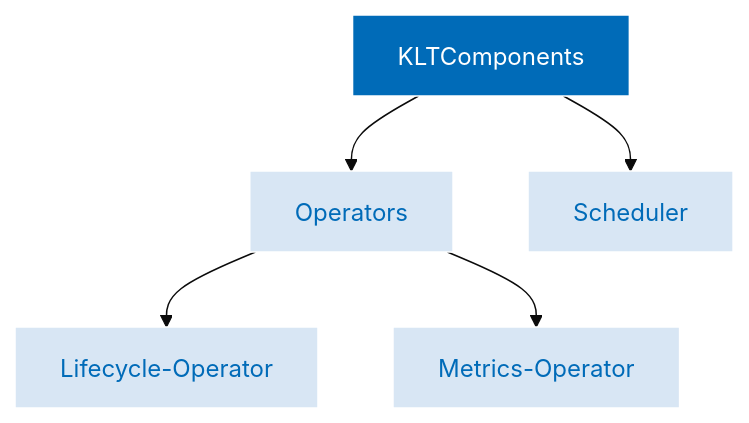
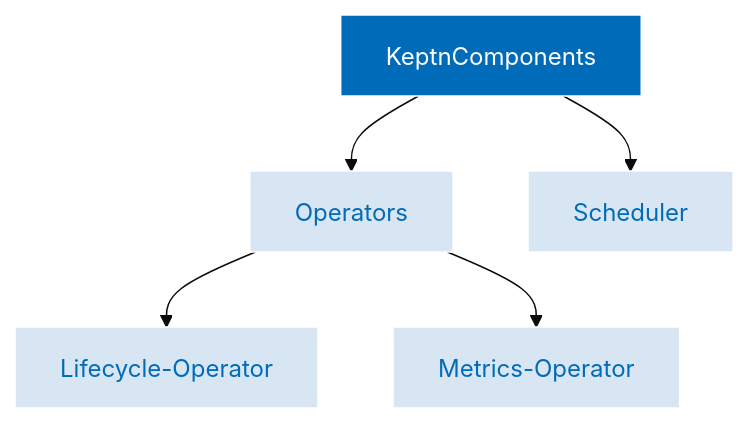
One commit to 365614269/CNCF-Incubating changed the diagram in modules/keptn/docs/content/en/docs/concepts/architecture/components/_index.md. Above: the diagram before and after it, drawn with Mermaid (base theme). The commit also changed other lines of this file and 774 other files, not shown here.

````diff
--- a/modules/keptn/docs/content/en/docs/concepts/architecture/components/_index.md
+++ b/modules/keptn/docs/content/en/docs/concepts/architecture/components/_index.md
@@ -19,12 +19,12 @@
 ```mermaid
 graph TD;
-    KLTComponents-->Operators;
-    KLTComponents-->Scheduler
+    KeptnComponents-->Operators;
+    KeptnComponents-->Scheduler
    Operators-->Lifecycle-Operator
    Operators-->Metrics-Operator
-style KLTComponents fill:#006bb8,stroke:#fff,stroke-width:px,color:#fff
+style KeptnComponents fill:#006bb8,stroke:#fff,stroke-width:px,color:#fff
 style Operators fill:#d8e6f4,stroke:#fff,stroke-width:px,color:#006bb8
 style Scheduler fill:#d8e6f4,stroke:#fff,stroke-width:px,color:#006bb8
 style Lifecycle-Operator fill:#d8e6f4,stroke:#fff,stroke-width:px,color:#006bb8
 style Metrics-Operator fill:#d8e6f4,stroke:#fff,stroke-width:px,color:#006bb8
 ```
````
